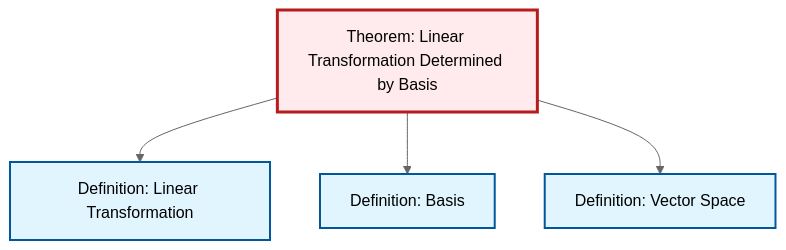
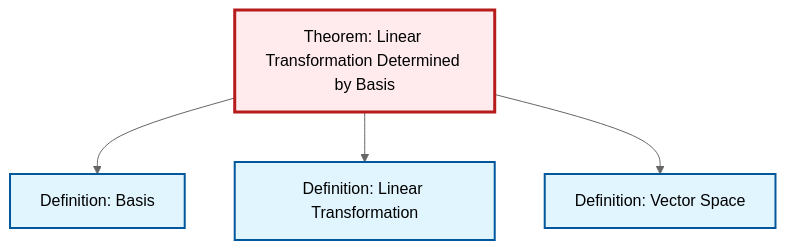
One commit to RK0429/ModernMath changed the diagram in content/en/algebra/thm-linear-transformation-basis.qmd. Above: the diagram before and after it, drawn with Mermaid (neutral theme). The commit also changed other lines of this file and 203 other files, not shown here.

````diff
--- a/content/en/algebra/thm-linear-transformation-basis.qmd
+++ b/content/en/algebra/thm-linear-transformation-basis.qmd
@@ -47,21 +47,17 @@
 ```{mermaid}
 %%| fig-cap: "Local dependency graph"
 graph TD
     classDef definition fill:#e1f5fe,stroke:#01579b,stroke-width:2px
     classDef theorem fill:#f3e5f5,stroke:#4a148c,stroke-width:2px
     classDef axiom fill:#fff3e0,stroke:#e65100,stroke-width:2px
     classDef example fill:#e8f5e9,stroke:#1b5e20,stroke-width:2px
     classDef current fill:#ffebee,stroke:#b71c1c,stroke-width:3px
+    def-linear-transformation["Definition: Linear Transformation"]:::definition
     thm-linear-transformation-basis["Theorem: Linear Transformation Determined by Basis"]:::theorem
-    def-linear-transformation["Definition: Linear Transformation"]:::definition
     def-vector-space["Definition: Vector Space"]:::definition
     def-basis["Definition: Basis"]:::definition
+    thm-linear-transformation-basis --> def-basis
     thm-linear-transformation-basis --> def-linear-transformation
-    thm-linear-transformation-basis --> def-basis
     thm-linear-transformation-basis --> def-vector-space
     class thm-linear-transformation-basis current
-
-    click def-linear-transformation "def-linear-transformation.html" "Go to Linear Transformation definition"
-    click def-vector-space "def-vector-space.html" "Go to Vector Space definition"
-    click def-basis "def-basis.html" "Go to Basis definition"
 ```
````
